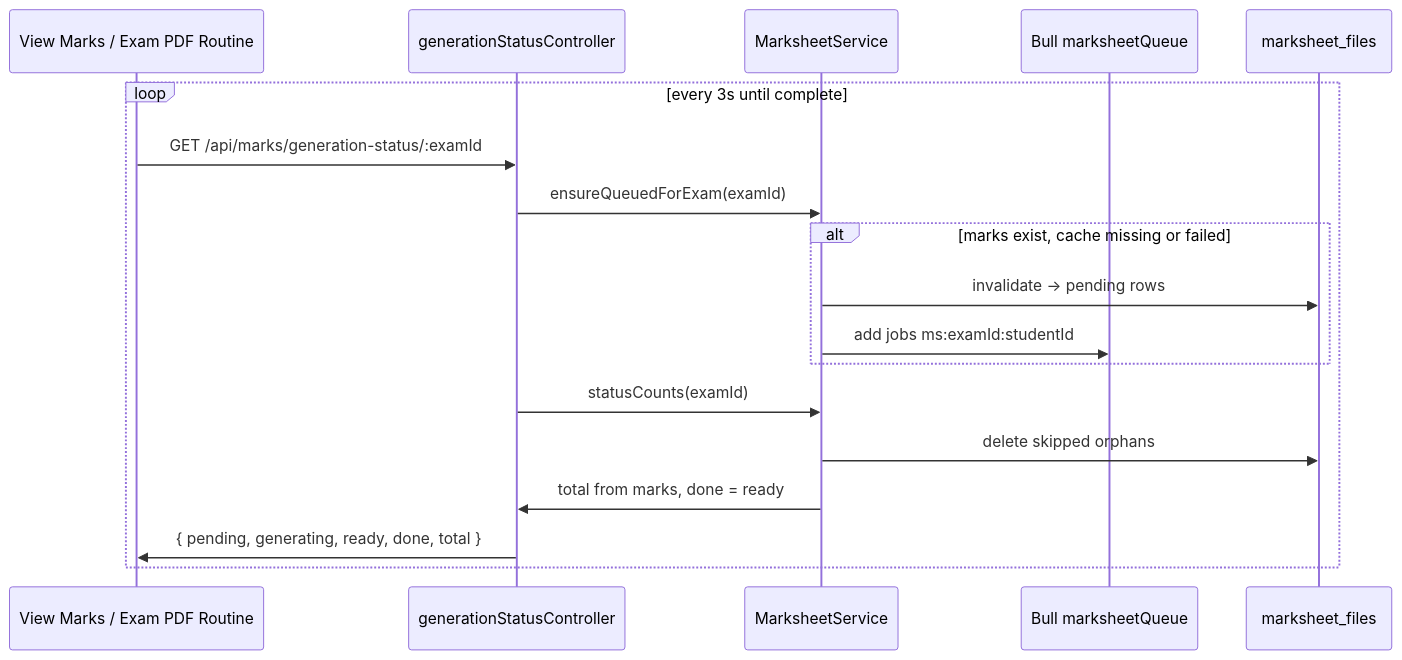
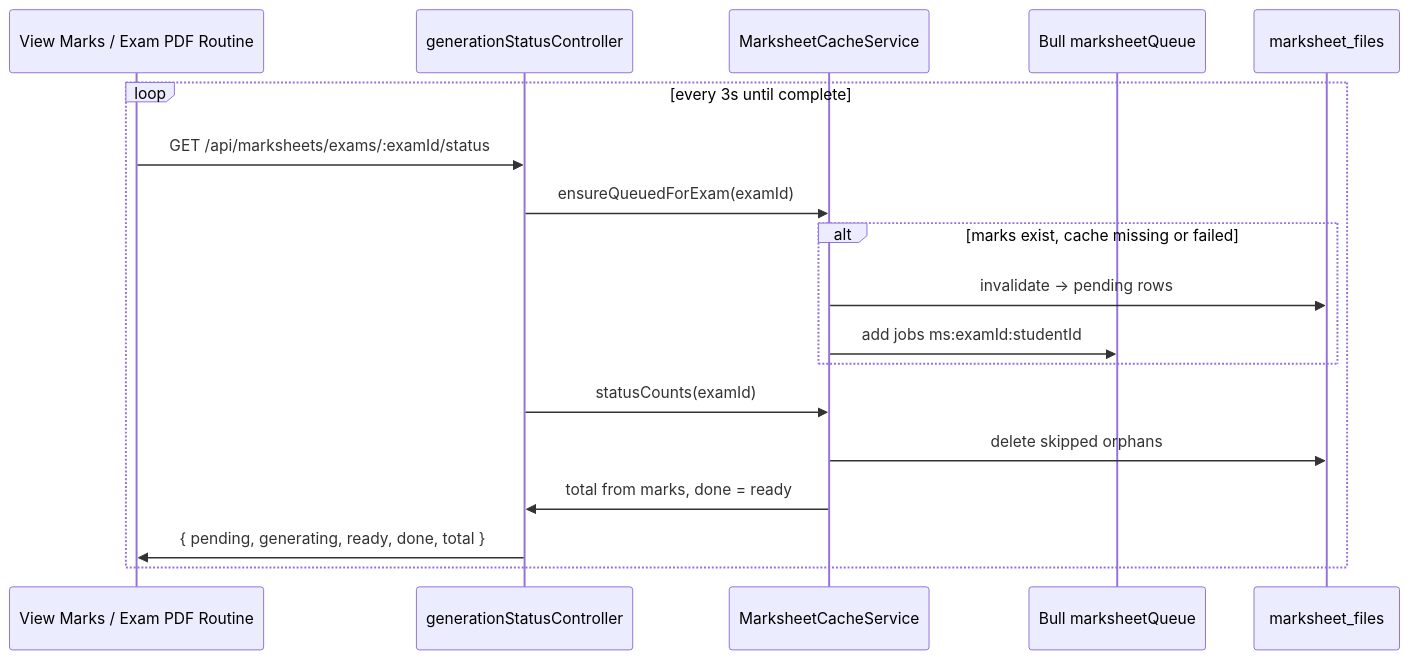
Before and after one commit to Mutiur03/School: the fifth of 5 diagrams in server/docs/marksheet-regeneration.md, drawn with Mermaid. The commit also changed other lines of this file and 79 other files, not shown here.

````diff
--- a/server/docs/marksheet-regeneration.md
+++ b/server/docs/marksheet-regeneration.md
@@ -667,21 +667,21 @@
 ```mermaid
 sequenceDiagram
   participant UI as View Marks / Exam PDF Routine
   participant API as generationStatusController
-  participant Svc as MarksheetService
+  participant Svc as MarksheetCacheService
   participant Q as Bull marksheetQueue
   participant DB as marksheet_files
 
   loop every 3s until complete
-    UI->>API: GET /api/marks/generation-status/:examId
+    UI->>API: GET /api/marksheets/exams/:examId/status
     API->>Svc: ensureQueuedForExam(examId)
     alt marks exist, cache missing or failed
       Svc->>DB: invalidate → pending rows
       Svc->>Q: add jobs ms:examId:studentId
     end
     API->>Svc: statusCounts(examId)
     Svc->>DB: delete skipped orphans
     Svc->>API: total from marks, done = ready
     API->>UI: { pending, generating, ready, done, total }
   end
 ```
````
